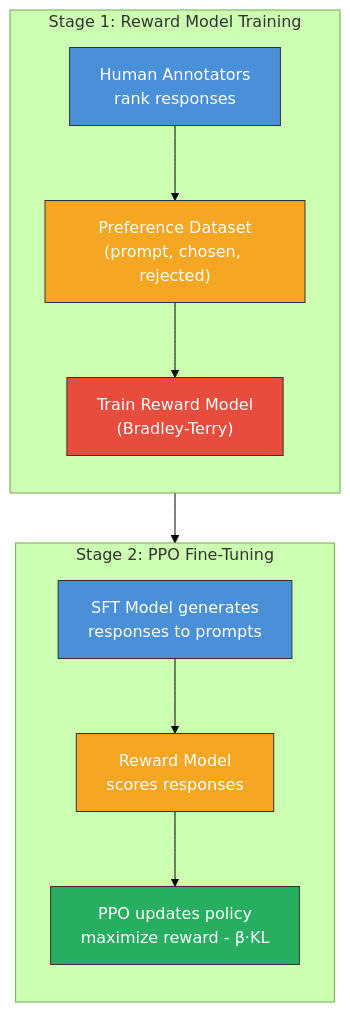
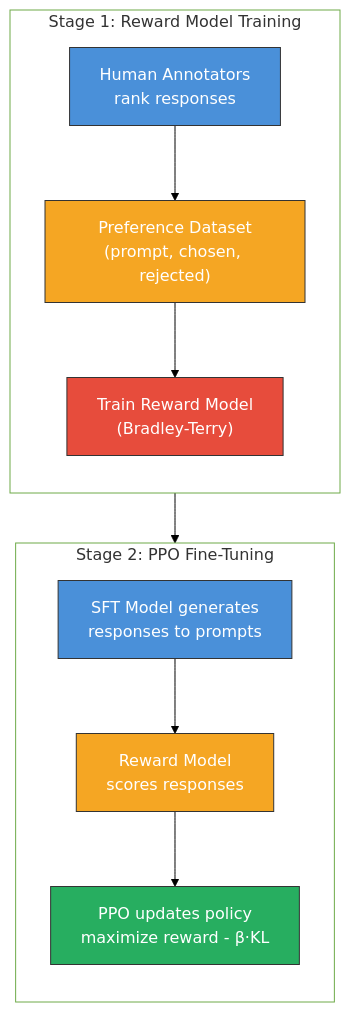
The third of 9 diagrams in posts/llm/Post-Training-LLMs-for-Human-Alignment.qmd (tanquangduong/tanquangduong.github.io), drawn with Mermaid (forest theme) before and after one commit. The commit also changed other lines of this file and 204 other files, not shown here.

````diff
--- a/posts/llm/Post-Training-LLMs-for-Human-Alignment.qmd
+++ b/posts/llm/Post-Training-LLMs-for-Human-Alignment.qmd
@@ -112,23 +114,26 @@
 ```{mermaid}
 graph TD
+    linkStyle default stroke:#000,color:#000
     subgraph Stage1["Stage 1: Reward Model Training"]
         direction TB
         A1["Human Annotators<br/>rank responses"] --> A2["Preference Dataset<br/>(prompt, chosen, rejected)"]
         A2 --> A3["Train Reward Model<br/>(Bradley-Terry)"]
     end
 
     subgraph Stage2["Stage 2: PPO Fine-Tuning"]
         direction TB
         B1["SFT Model generates<br/>responses to prompts"] --> B2["Reward Model<br/>scores responses"]
         B2 --> B3["PPO updates policy<br/>maximize reward - β·KL"]
     end
 
     Stage1 --> Stage2
 
     style A1 fill:#4a90d9,color:#fff,stroke:#333
     style A2 fill:#f5a623,color:#fff,stroke:#333
     style A3 fill:#e74c3c,color:#fff,stroke:#333
     style B1 fill:#4a90d9,color:#fff,stroke:#333
     style B2 fill:#f5a623,color:#fff,stroke:#333
     style B3 fill:#27ae60,color:#fff,stroke:#333
+    style Stage1 fill:#fff
+    style Stage2 fill:#fff
 ```
````
